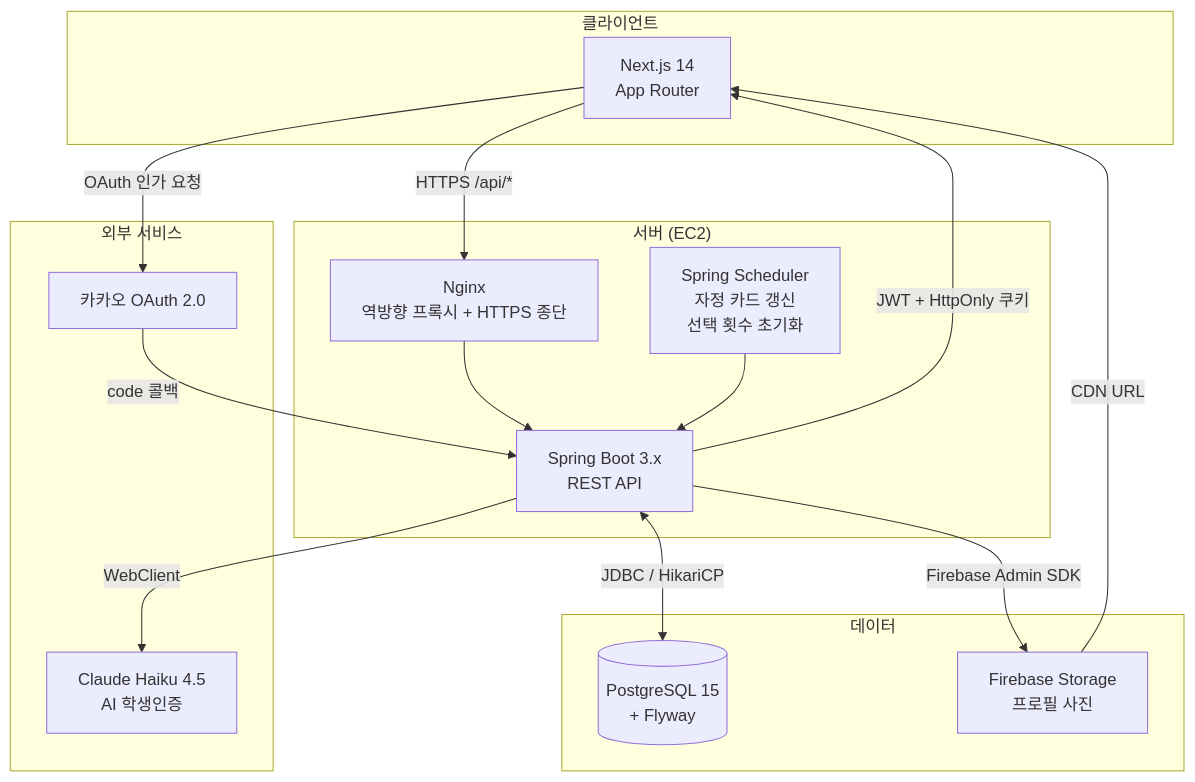
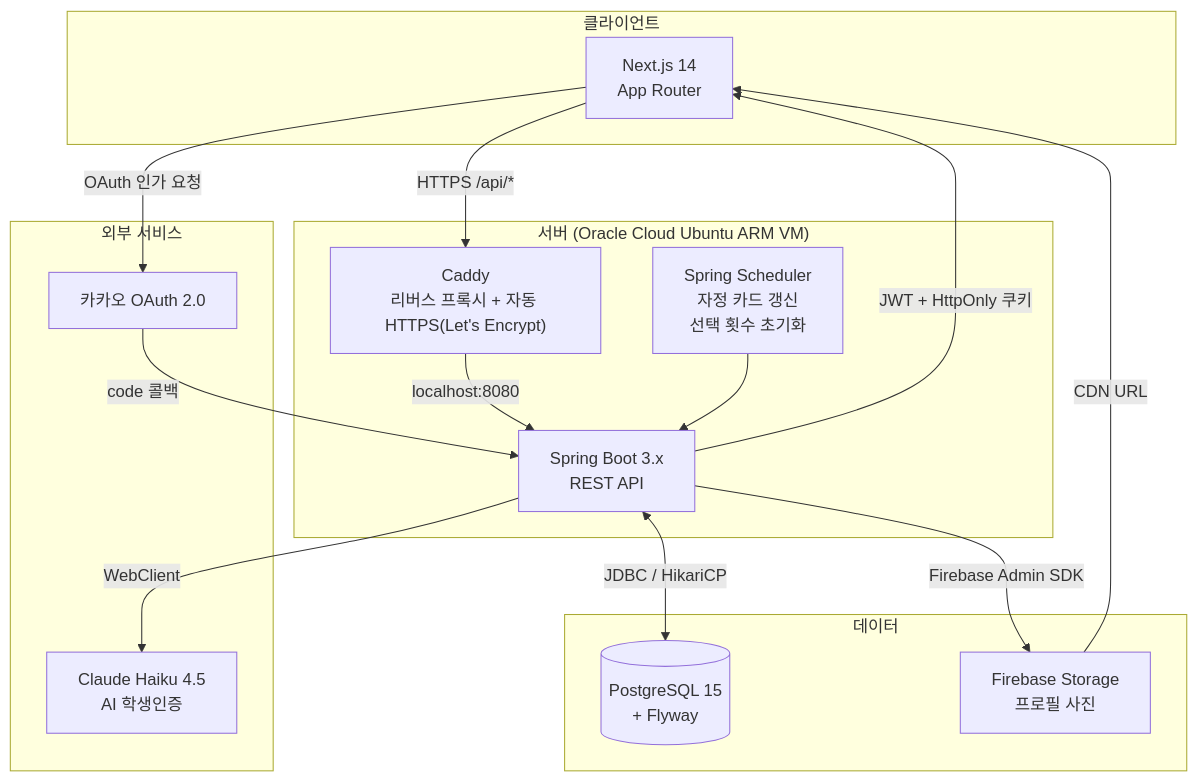
The first of 4 diagrams in README.md (seungjinBen/campus_hanjang_server), drawn with Mermaid before and after one commit. The commit also changed other lines of this file and 1 other file, not shown here.

Commit message:
docs: README 아키텍처·트러블슈팅 3 실제 코드와 일치시킴 (Caddy, 선택 한도 2+보너스, findByIdForUpdate 락)

````diff
--- a/README.md
+++ b/README.md
@@ -103,33 +103,33 @@
 ```mermaid
 graph TB
     subgraph Client["클라이언트"]
         FE["Next.js 14\nApp Router"]
     end
 
-    subgraph Server["서버 (EC2)"]
-        Nginx["Nginx\n역방향 프록시 + HTTPS 종단"]
+    subgraph Server["서버 (Oracle Cloud Ubuntu ARM VM)"]
+        Caddy["Caddy\n리버스 프록시 + 자동 HTTPS(Let's Encrypt)"]
         BE["Spring Boot 3.x\nREST API"]
         Scheduler["Spring Scheduler\n자정 카드 갱신\n선택 횟수 초기화"]
     end
 
     subgraph Storage["데이터"]
         PG[("PostgreSQL 15\n+ Flyway")]
         FB["Firebase Storage\n프로필 사진"]
     end
 
     subgraph External["외부 서비스"]
         Kakao["카카오 OAuth 2.0"]
         Claude["Claude Haiku 4.5\nAI 학생인증"]
     end
 
-    FE -->|"HTTPS /api/*"| Nginx
-    Nginx --> BE
+    FE -->|"HTTPS /api/*"| Caddy
+    Caddy -->|"localhost:8080"| BE
     BE <-->|"JDBC / HikariCP"| PG
     BE -->|"Firebase Admin SDK"| FB
     FB -->|"CDN URL"| FE
     BE -->|"WebClient"| Claude
     FE -->|"OAuth 인가 요청"| Kakao
     Kakao -->|"code 콜백"| BE
     BE -->|"JWT + HttpOnly 쿠키"| FE
     Scheduler --> BE
 ```
````
